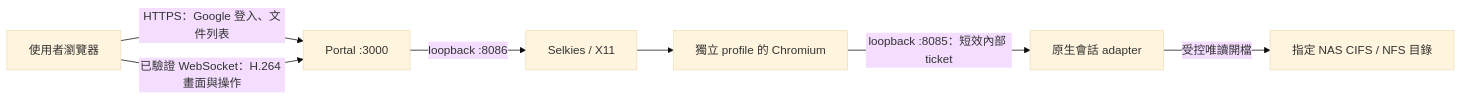
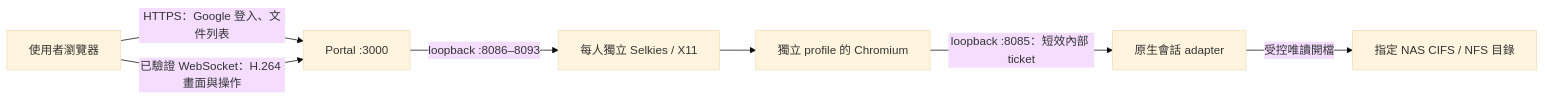
The diagram in docs/UNRAID_SELKIES.zh-TW.md (MacacaGames/OpenPencil-Viewer), drawn with Mermaid (base theme) before and after one commit. The commit also changed other lines of this file and 18 other files, not shown here.

````diff
--- a/docs/UNRAID_SELKIES.zh-TW.md
+++ b/docs/UNRAID_SELKIES.zh-TW.md
@@ -45,9 +49,9 @@
 ```mermaid
 flowchart LR
   B[使用者瀏覽器] -->|HTTPS：Google 登入、文件列表| P[Portal :3000]
   B -->|已驗證 WebSocket：H.264 畫面與操作| P
-  P -->|loopback :8086| S[Selkies / X11]
+  P -->|loopback :8086–8093| S[每人獨立 Selkies / X11]
   S --> C[獨立 profile 的 Chromium]
   C -->|loopback :8085：短效內部 ticket| A[原生會話 adapter]
   A -->|受控唯讀開檔| N[指定 NAS CIFS / NFS 目錄]
 ```
````
